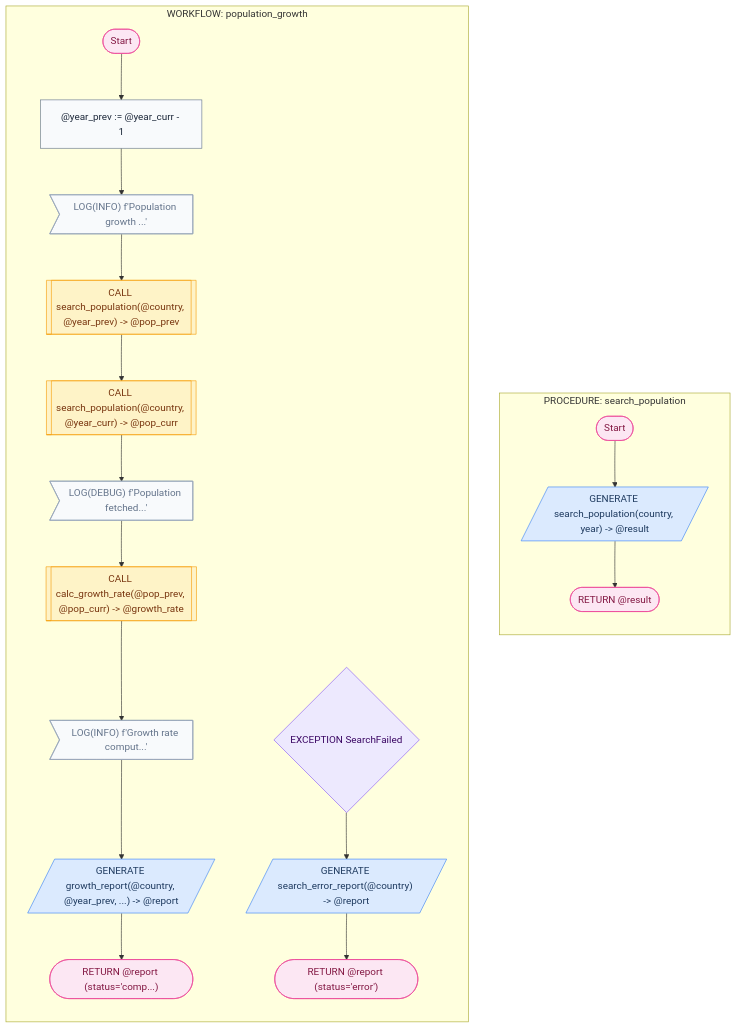
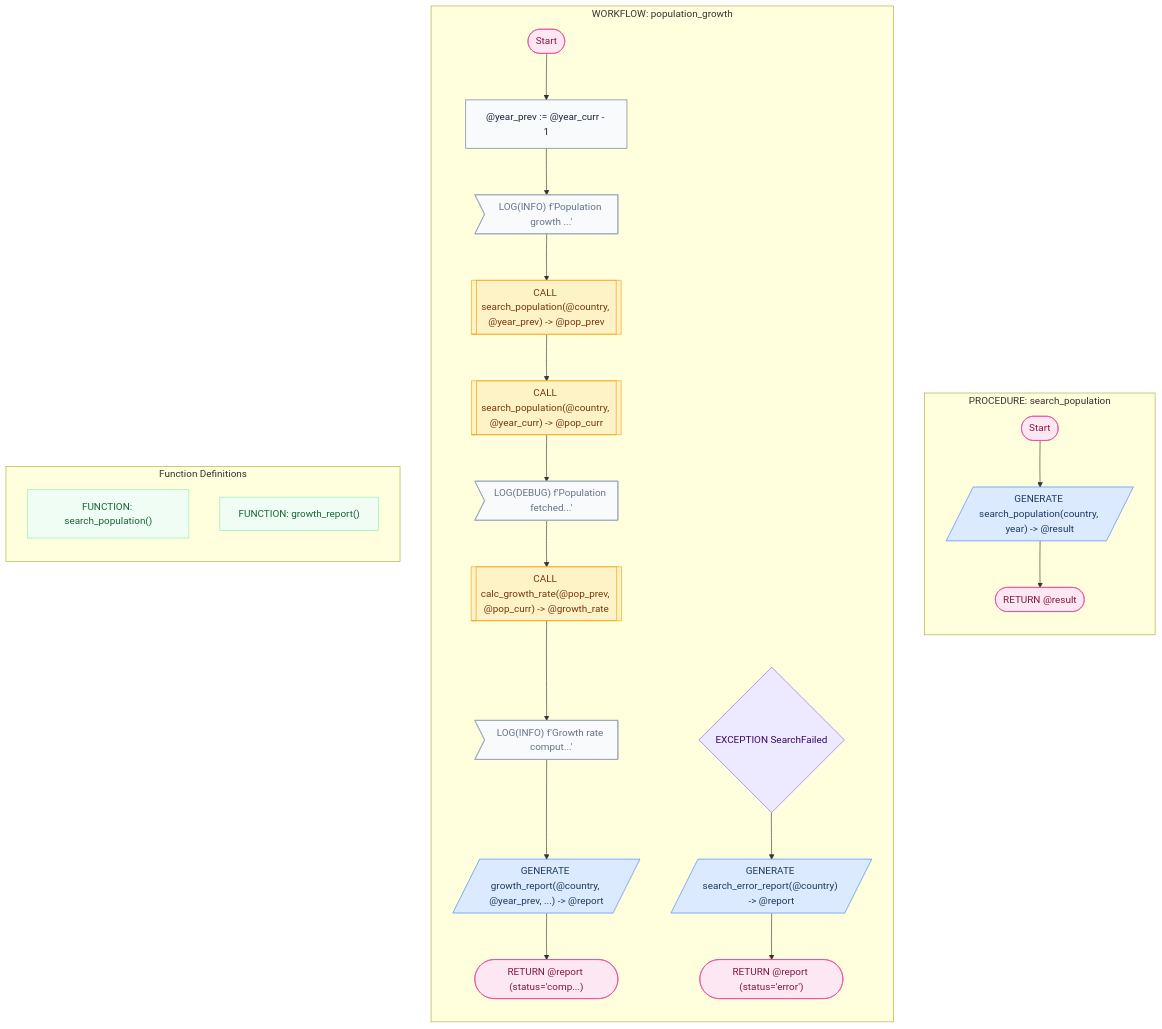
One commit to digital-duck/SPL.py changed the diagram in cookbook/06_react_agent/mermaid/react_agent.md. Above: the diagram before and after it, drawn with Mermaid. The commit also changed 334 other files, not shown here.

````diff
--- a/cookbook/06_react_agent/mermaid/react_agent.md
+++ b/cookbook/06_react_agent/mermaid/react_agent.md
@@ -7,61 +7,68 @@
 ```mermaid
 flowchart TD
     subgraph SG_search_population["PROCEDURE: search_population"]
     direction TB
     START1(["Start"])
     GEN2[/"GENERATE search_population(country, year) -> @result"/]
     RET3(["RETURN @result"])
     GEN2 --> RET3
     START1 --> GEN2
     end
     subgraph SG_population_growth["WORKFLOW: population_growth"]
     direction TB
     START4(["Start"])
     A5["@year_prev := @year_curr - 1"]
     LOG6>"LOG(INFO) f'Population growth ...'"]
     A5 --> LOG6
     SUB7[["CALL search_population(@country, @year_prev) -> @pop_prev"]]
     LOG6 --> SUB7
     SUB8[["CALL search_population(@country, @year_curr) -> @pop_curr"]]
     SUB7 --> SUB8
     LOG9>"LOG(DEBUG) f'Population fetched...'"]
     SUB8 --> LOG9
     SUB10[["CALL calc_growth_rate(@pop_prev, @pop_curr) -> @growth_rate"]]
     LOG9 --> SUB10
     LOG11>"LOG(INFO) f'Growth rate comput...'"]
     SUB10 --> LOG11
     GEN12[/"GENERATE growth_report(@country, @year_prev, ...) -> @report"/]
     LOG11 --> GEN12
     RET13(["RETURN @report (status='comp...)"])
     GEN12 --> RET13
     START4 --> A5
     EXC14{"EXCEPTION SearchFailed"}
     GEN15[/"GENERATE search_error_report(@country) -> @report"/]
     RET16(["RETURN @report (status='error')"])
     GEN15 --> RET16
     EXC14 --> GEN15
     end
+    subgraph FUNCTIONS["Function Definitions"]
+    direction TB
+    FN17["FUNCTION: search_population()"]
+    FN18["FUNCTION: growth_report()"]
+    end
     class START1 term
     class GEN2 llm
     class RET3 term
     class START4 term
     class A5 assign
     class LOG6 log
     class SUB7 proc
     class SUB8 proc
     class LOG9 log
     class SUB10 proc
     class LOG11 log
     class GEN12 llm
     class RET13 term
     class EXC14 ctrl
     class GEN15 llm
     class RET16 term
+    class FN17 fn
+    class FN18 fn
     classDef llm fill:#dbeafe,stroke:#3b82f6,color:#1e3a5f
     classDef proc fill:#fef3c7,stroke:#f59e0b,color:#78350f
     classDef ctrl fill:#ede9fe,stroke:#8b5cf6,color:#3b0764
     classDef term fill:#fce7f3,stroke:#ec4899,color:#831843
     classDef log fill:#f8fafc,stroke:#94a3b8,color:#64748b
     classDef fn fill:#f0fdf4,stroke:#86efac,color:#166534
     classDef assign fill:#f8fafc,stroke:#64748b,color:#1e293b
 ```
````
